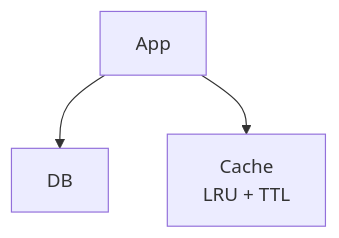
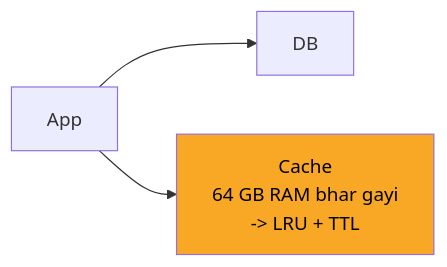
One commit to ArpanMaheshwari144/Prep changed the second of 8 diagrams in 04_HLD/SYSTEM_DESIGNS/10_distributed_cache/10_distributed_cache.md. Above: the diagram before and after it, drawn with Mermaid. The commit also changed other lines of this file and 2 other files, not shown here.

Commit message:
news, bookmyshow, cache: one-day story, short cards, follow-ups with rules, highlighted diagrams

````diff
--- a/04_HLD/SYSTEM_DESIGNS/10_distributed_cache/10_distributed_cache.md
+++ b/04_HLD/SYSTEM_DESIGNS/10_distributed_cache/10_distributed_cache.md
@@ -102,8 +111,9 @@
 ```mermaid
-flowchart TD
+flowchart LR
     n_App["App"]
     n_DB["DB"]
-    n_Cache["Cache<br/>LRU + TTL"]
+    n_Cache["Cache<br/>64 GB RAM bhar gayi<br/>-> LRU + TTL"]
     n_App --> n_DB
     n_App --> n_Cache
+    style n_Cache fill:#f9a825,color:#000
 ```
````
